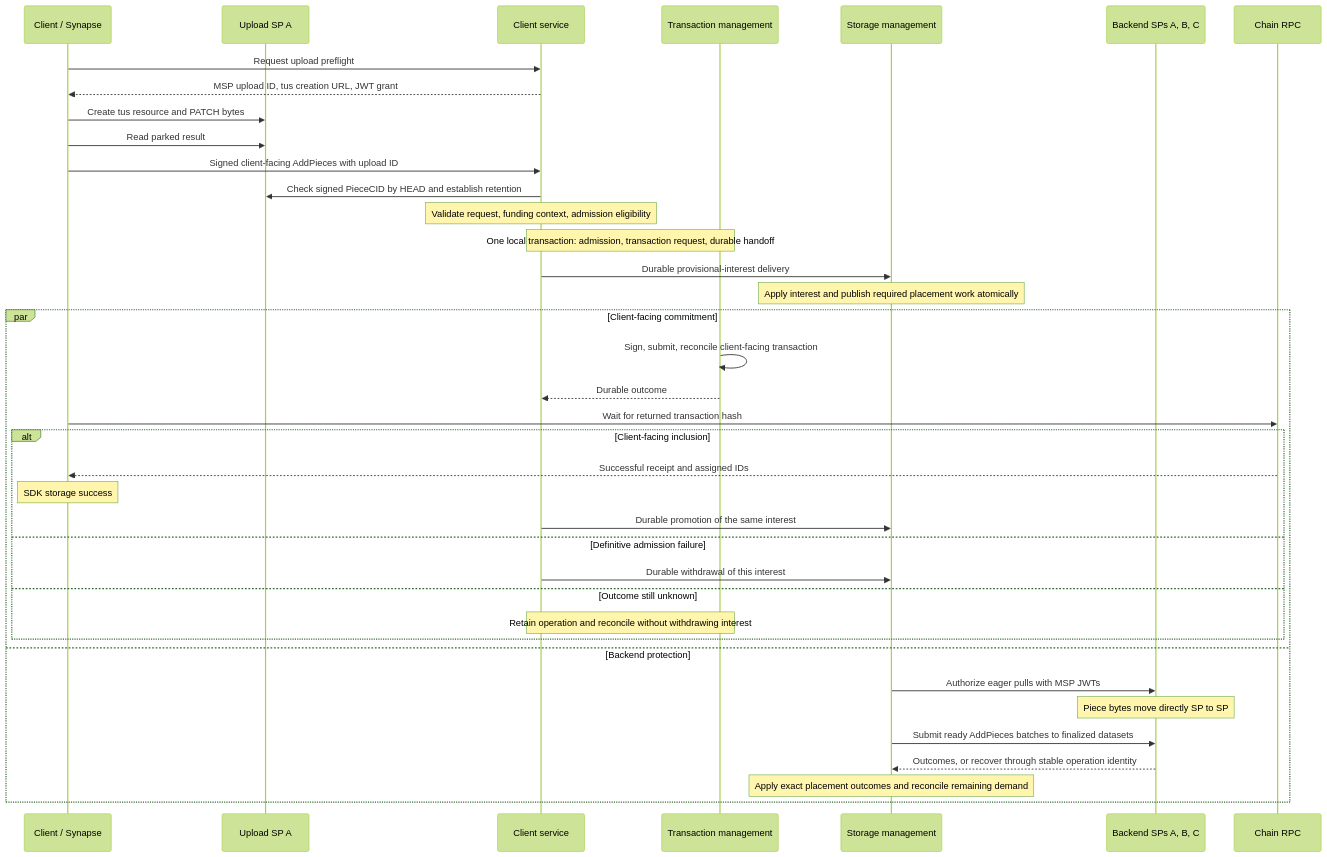
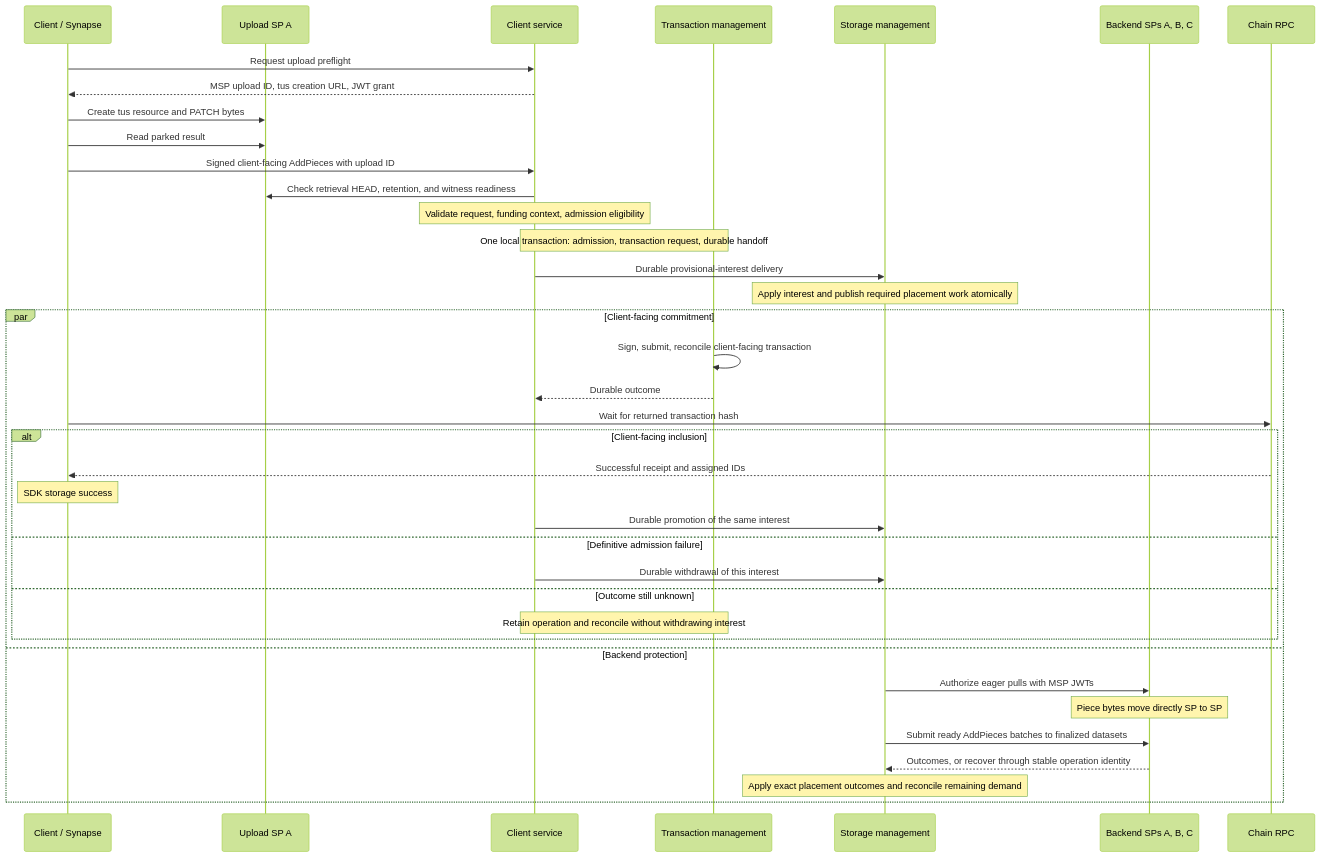
One commit to filecoin-project/rhizome changed the diagram in docs/design/storage-workflows.md. Above: the diagram before and after it, drawn with Mermaid (forest theme). The commit also changed other lines of this file and 6 other files, not shown here.

First line of the commit message:
docs: require staged witness readiness at admission

````diff
--- a/docs/design/storage-workflows.md
+++ b/docs/design/storage-workflows.md
@@ -17,40 +17,40 @@
 ```mermaid
 sequenceDiagram
     participant C as Client / Synapse
     participant A as Upload SP A
     participant CS as Client service
     participant TM as Transaction management
     participant SM as Storage management
     participant SP as Backend SPs A, B, C
     participant Chain as Chain RPC
     C->>CS: Request upload preflight
     CS-->>C: MSP upload ID, tus creation URL, JWT grant
     C->>A: Create tus resource and PATCH bytes
     C->>A: Read parked result
     C->>CS: Signed client-facing AddPieces with upload ID
-    CS->>A: Check signed PieceCID by HEAD and establish retention
+    CS->>A: Check retrieval HEAD, retention, and witness readiness
     Note over CS: Validate request, funding context, admission eligibility
     Note over CS,TM: One local transaction: admission, transaction request, durable handoff
     CS->>SM: Durable provisional-interest delivery
     Note over SM: Apply interest and publish required placement work atomically
     par Client-facing commitment
         TM->>TM: Sign, submit, reconcile client-facing transaction
         TM-->>CS: Durable outcome
         C->>Chain: Wait for returned transaction hash
         alt Client-facing inclusion
             Chain-->>C: Successful receipt and assigned IDs
             Note over C: SDK storage success
             CS->>SM: Durable promotion of the same interest
         else Definitive admission failure
             CS->>SM: Durable withdrawal of this interest
         else Outcome still unknown
             Note over CS,TM: Retain operation and reconcile without withdrawing interest
         end
     and Backend protection
         SM->>SP: Authorize eager pulls with MSP JWTs
         Note over SP: Piece bytes move directly SP to SP
         SM->>SP: Submit ready AddPieces batches to finalized datasets
         SP-->>SM: Outcomes, or recover through stable operation identity
         Note over SM: Apply exact placement outcomes and reconcile remaining demand
     end
 ```
````
